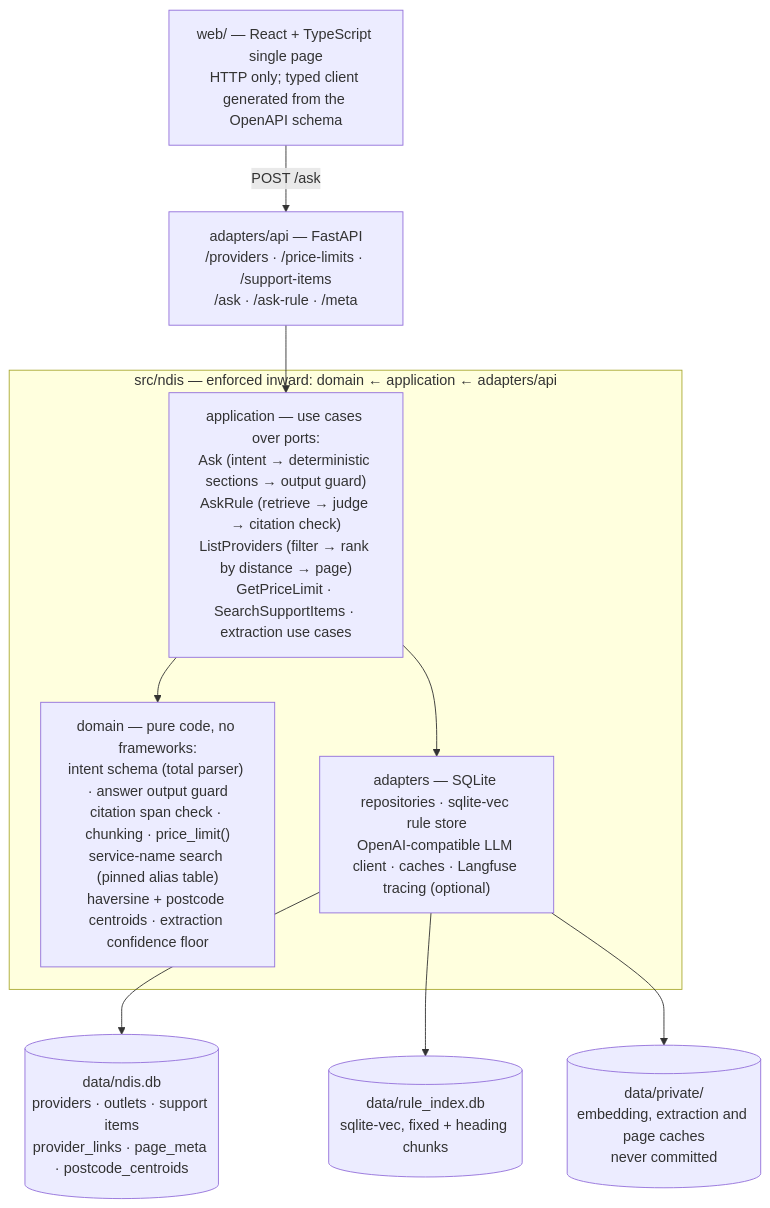
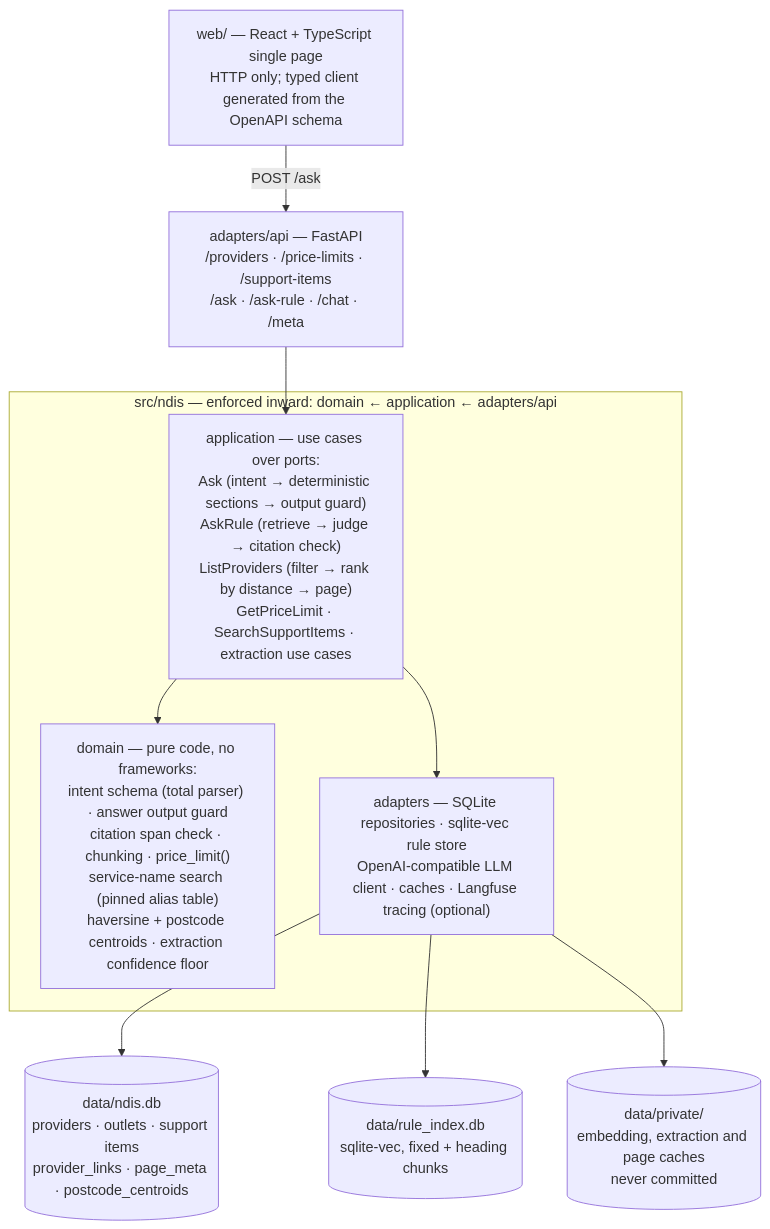
Before and after one commit to jdhc3m/ndis-provider-navigator: the diagram in README.md, drawn with Mermaid. The commit also changed other lines of this file and 27 other files, not shown here.

````diff
--- a/README.md
+++ b/README.md
@@ -17,22 +17,22 @@
 ```mermaid
 flowchart TD
     Web["web/ — React + TypeScript single page<br/>HTTP only; typed client generated from the OpenAPI schema"]
-    API["adapters/api — FastAPI<br/>/providers · /price-limits · /support-items<br/>/ask · /ask-rule · /meta"]
+    API["adapters/api — FastAPI<br/>/providers · /price-limits · /support-items<br/>/ask · /ask-rule · /chat · /meta"]
 
     subgraph L["src/ndis — enforced inward: domain ← application ← adapters/api"]
         APP["application — use cases over ports:<br/>Ask (intent → deterministic sections → output guard)<br/>AskRule (retrieve → judge → citation check)<br/>ListProviders (filter → rank by distance → page)<br/>GetPriceLimit · SearchSupportItems · extraction use cases"]
         DOM["domain — pure code, no frameworks:<br/>intent schema (total parser) · answer output guard<br/>citation span check · chunking · price_limit()<br/>service-name search (pinned alias table)<br/>haversine + postcode centroids · extraction confidence floor"]
         ADP["adapters — SQLite repositories · sqlite-vec rule store<br/>OpenAI-compatible LLM client · caches · Langfuse tracing (optional)"]
     end
 
     DB[("data/ndis.db<br/>providers · outlets · support items<br/>provider_links · page_meta · postcode_centroids")]
     IDX[("data/rule_index.db<br/>sqlite-vec, fixed + heading chunks")]
     PRIV[("data/private/<br/>embedding, extraction and page caches<br/>never committed")]
 
     Web -->|"POST /ask"| API --> APP
     APP --> DOM
     APP --> ADP
     ADP --> DB
     ADP --> IDX
     ADP --> PRIV
 ```
````
